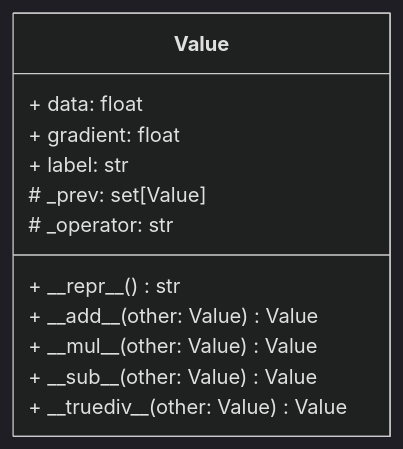
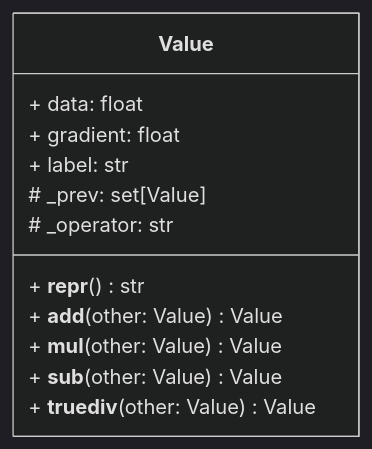
The diagram in README.md (rkaushick-neu/micrograd), drawn with Mermaid (dark theme) before and after one commit.

Commit message:
Updated mermaid.js code for the Value obj

````diff
--- a/README.md
+++ b/README.md
@@ -9,15 +9,15 @@
 ```mermaid
 classDiagram
     class Value{
         + data: float
         + gradient: float
         + label: str
         # _prev: set[Value]
         # _operator: str
-        + \_\_repr\_\_() str
-        + \_\_add\_\_(other: Value) Value
-        + \_\_mul\_\_(other: Value) Value
-        + \_\_sub\_\_(other: Value) Value
-        + \_\_truediv\_\_(other: Value) Value
+        + __repr__() str
+        + __add__(other: Value) Value
+        + __mul__(other: Value) Value
+        + __sub__(other: Value) Value
+        + __truediv__(other: Value) Value
     }
 ```
````
